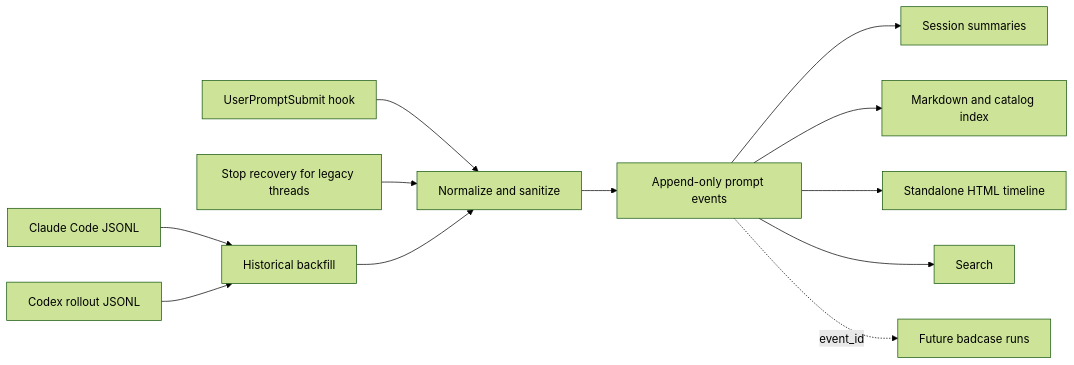
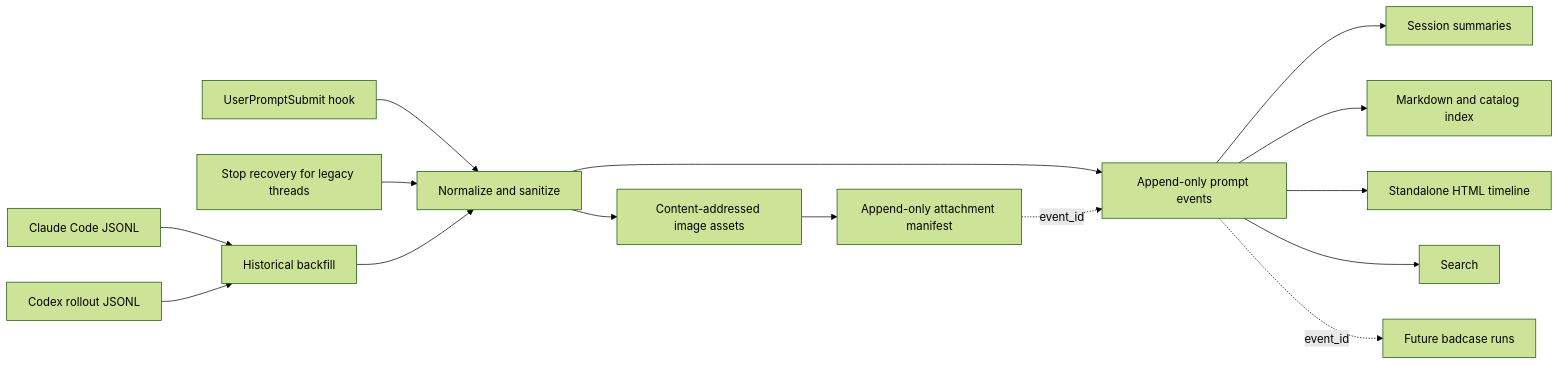
One commit to 24kchengYe/prompt-harness changed the diagram in references/architecture.md. Above: the diagram before and after it, drawn with Mermaid (forest theme). The commit also changed other lines of this file and 13 other files, not shown here.

````diff
--- a/references/architecture.md
+++ b/references/architecture.md
@@ -3,14 +3,17 @@
 ```mermaid
 flowchart LR
   H["UserPromptSubmit hook"] --> N["Normalize and sanitize"]
   T["Stop recovery for legacy threads"] --> N
   C["Claude Code JSONL"] --> B["Historical backfill"]
   X["Codex rollout JSONL"] --> B
   B --> N
   N --> E["Append-only prompt events"]
+  N --> A["Content-addressed image assets"]
+  A --> L["Append-only attachment manifest"]
+  L -. event_id .-> E
   E --> S["Session summaries"]
   E --> I["Markdown and catalog index"]
   E --> V["Standalone HTML timeline"]
   E --> Q["Search"]
   E -. event_id .-> R["Future badcase runs"]
 ```
````
